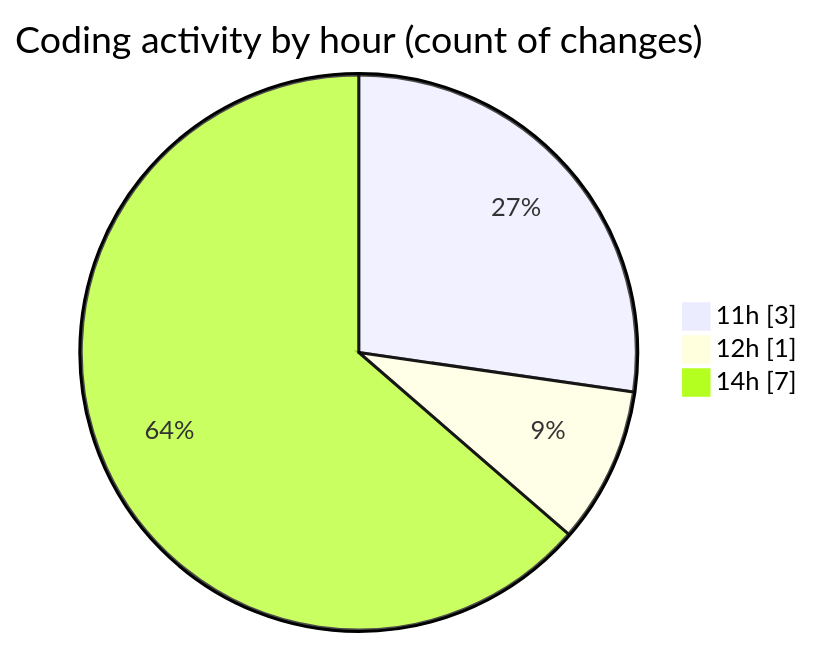
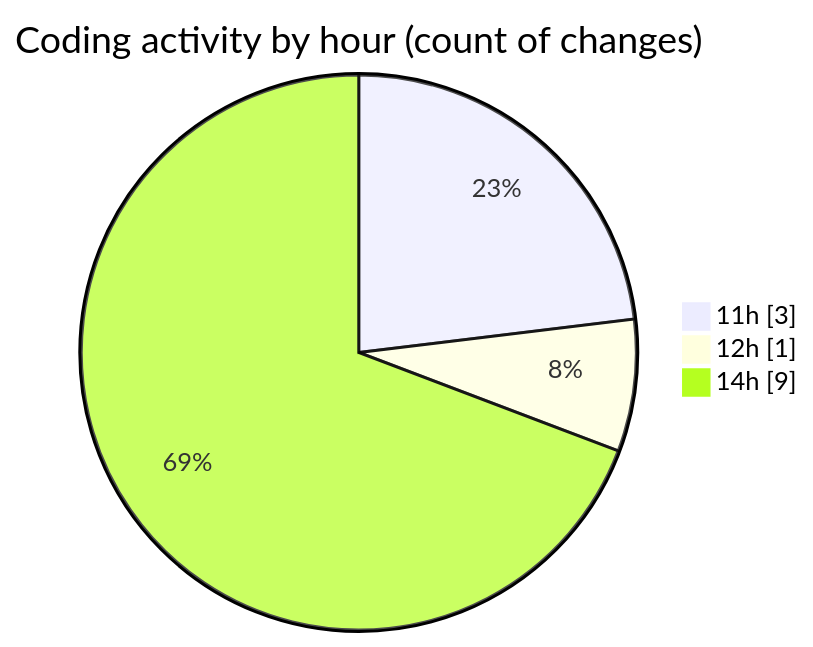
The second of 2 diagrams in 2026-04-24/cilapp/README.md (ricardozamudiocil/code-tracking), drawn with Mermaid before and after one commit. The commit also changed other lines of this file and 1 other file, not shown here.

````diff
--- a/2026-04-24/cilapp/README.md
+++ b/2026-04-24/cilapp/README.md
@@ -31,7 +31,7 @@
 ```mermaid
 pie showData
 title Coding activity by hour (count of changes)
 "11h" : 3
 "12h" : 1
-"14h" : 7
+"14h" : 9
 ```
````
